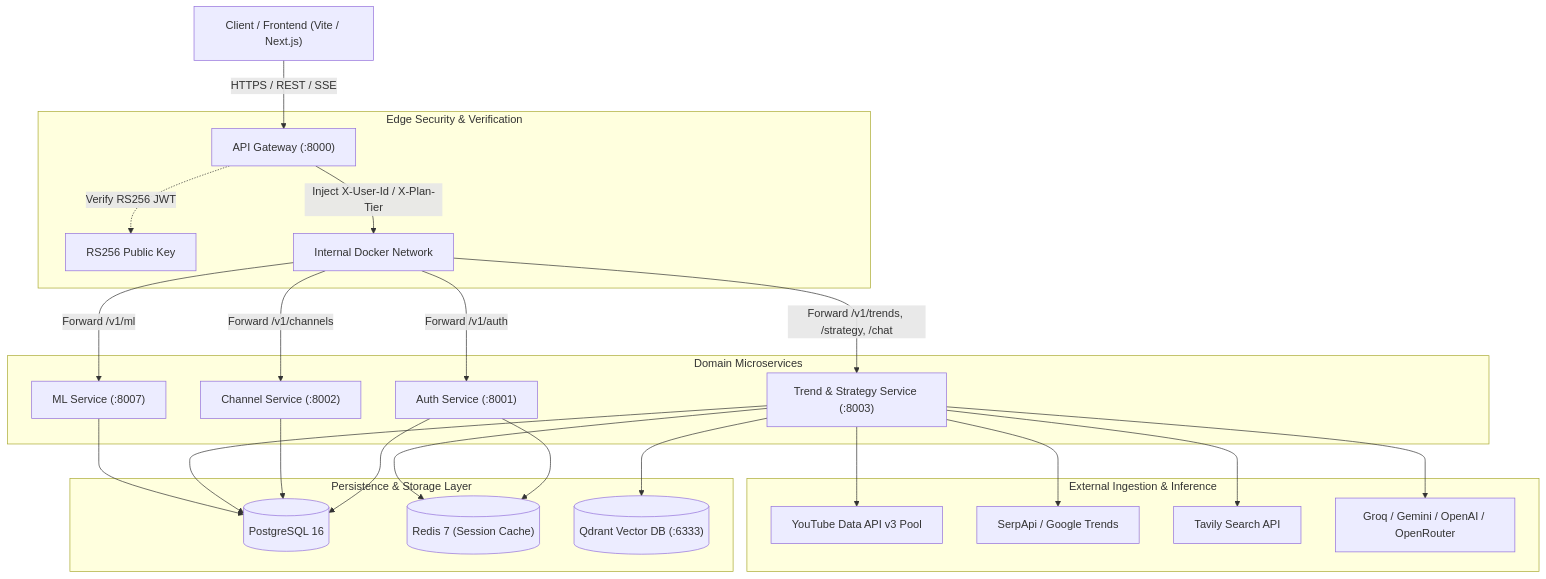
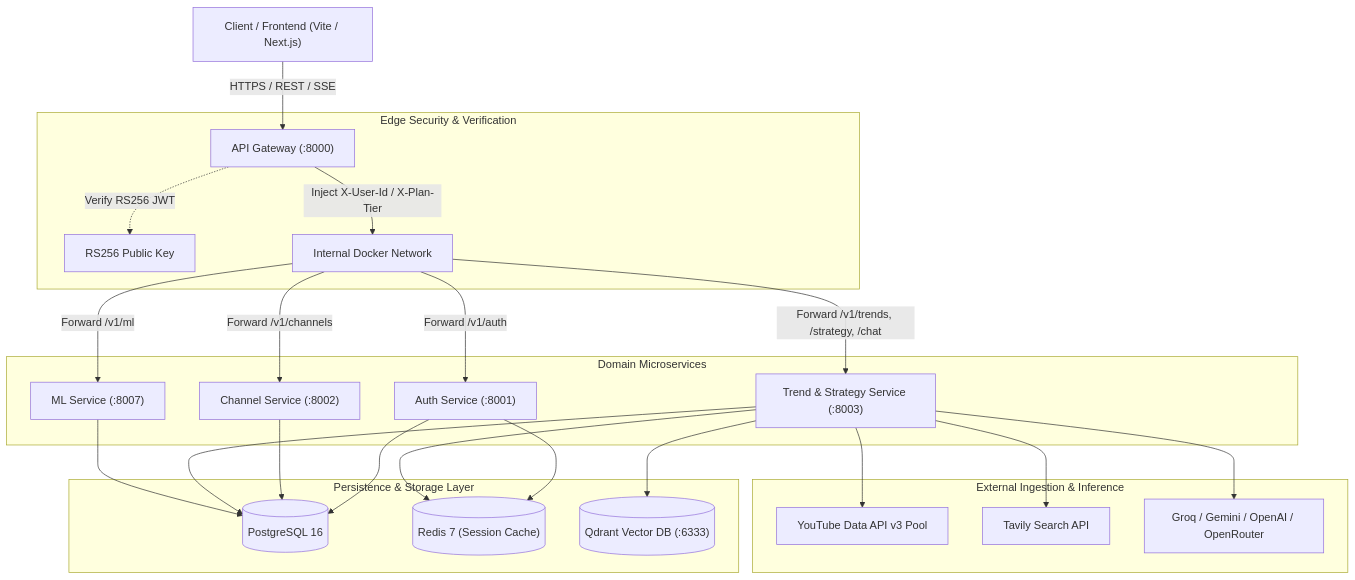
The diagram in backend/README.md (Sohamm24/CreatorIQ), drawn with Mermaid before and after one commit. The commit also changed other lines of this file and 1 other file, not shown here.

````diff
--- a/backend/README.md
+++ b/backend/README.md
@@ -19,33 +19,32 @@
 ```mermaid
 flowchart TD
     Client["Client / Frontend (Vite / Next.js)"] -->|"HTTPS / REST / SSE"| Gateway["API Gateway (:8000)"]
 
     subgraph Security ["Edge Security & Verification"]
         Gateway -.->|"Verify RS256 JWT"| Secrets["RS256 Public Key"]
         Gateway -->|"Inject X-User-Id / X-Plan-Tier"| InternalNet["Internal Docker Network"]
     end
 
     subgraph Services ["Domain Microservices"]
         InternalNet -->|"Forward /v1/auth"| Auth["Auth Service (:8001)"]
         InternalNet -->|"Forward /v1/channels"| Channel["Channel Service (:8002)"]
         InternalNet -->|"Forward /v1/trends, /strategy, /chat"| Trend["Trend & Strategy Service (:8003)"]
         InternalNet -->|"Forward /v1/ml"| ML["ML Service (:8007)"]
     end
 
     subgraph DataPlane ["Persistence & Storage Layer"]
         Auth --> Postgres[("PostgreSQL 16")]
         Auth --> Redis[("Redis 7 (Session Cache)")]
         Channel --> Postgres
         Trend --> Postgres
         Trend --> Redis
         Trend --> Qdrant[("Qdrant Vector DB (:6333)")]
         ML --> Postgres
     end
 
     subgraph ExternalPipelines ["External Ingestion & Inference"]
         Trend --> YouTube["YouTube Data API v3 Pool"]
-        Trend --> SerpApi["SerpApi / Google Trends"]
         Trend --> Tavily["Tavily Search API"]
         Trend --> LLM["Groq / Gemini / OpenAI / OpenRouter"]
     end
 ```
````
